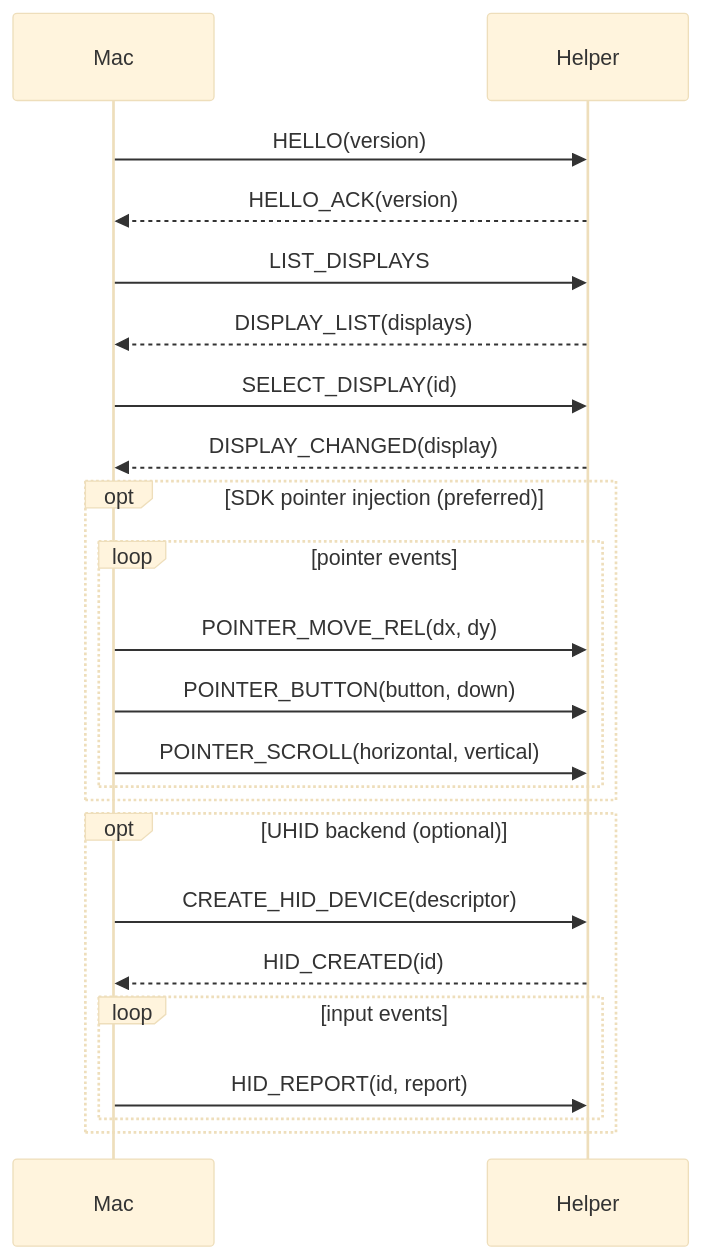
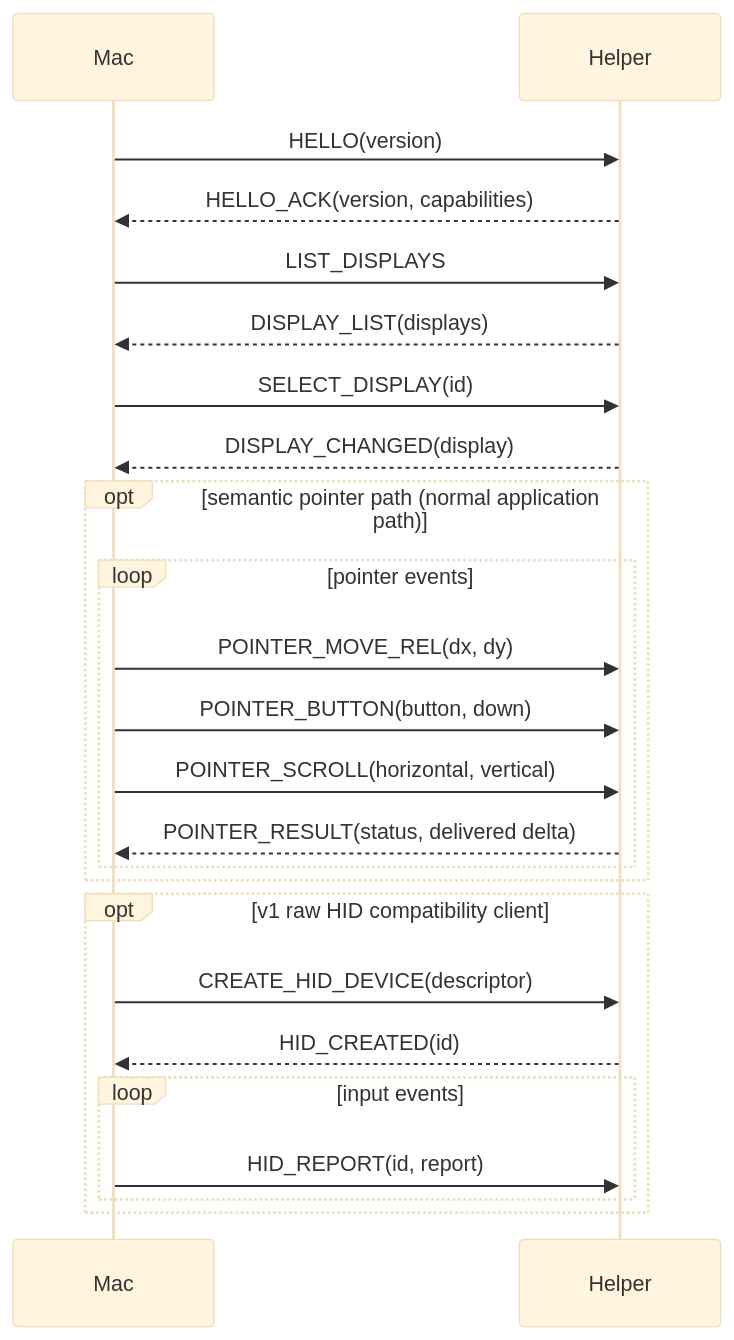
The diagram in protocol/protocol.md (luceat-lux-vestra/crossinput), drawn with Mermaid (base theme) before and after one commit. The commit also changed other lines of this file and 63 other files, not shown here.

First line of the commit message:
refactor: rebaseline CrossInput architecture (#42)

````diff
--- a/protocol/protocol.md
+++ b/protocol/protocol.md
@@ -173,25 +202,26 @@
 ```mermaid
 sequenceDiagram
     participant Mac
     participant Helper
     Mac->>Helper: HELLO(version)
-    Helper-->>Mac: HELLO_ACK(version)
+    Helper-->>Mac: HELLO_ACK(version, capabilities)
     Mac->>Helper: LIST_DISPLAYS
     Helper-->>Mac: DISPLAY_LIST(displays)
     Mac->>Helper: SELECT_DISPLAY(id)
     Helper-->>Mac: DISPLAY_CHANGED(display)
-    opt SDK pointer injection (preferred)
+    opt semantic pointer path (normal application path)
         loop pointer events
             Mac->>Helper: POINTER_MOVE_REL(dx, dy)
             Mac->>Helper: POINTER_BUTTON(button, down)
             Mac->>Helper: POINTER_SCROLL(horizontal, vertical)
+            Helper-->>Mac: POINTER_RESULT(status, delivered delta)
         end
     end
-    opt UHID backend (optional)
+    opt v1 raw HID compatibility client
         Mac->>Helper: CREATE_HID_DEVICE(descriptor)
         Helper-->>Mac: HID_CREATED(id)
         loop input events
             Mac->>Helper: HID_REPORT(id, report)
         end
     end
 ```
````
